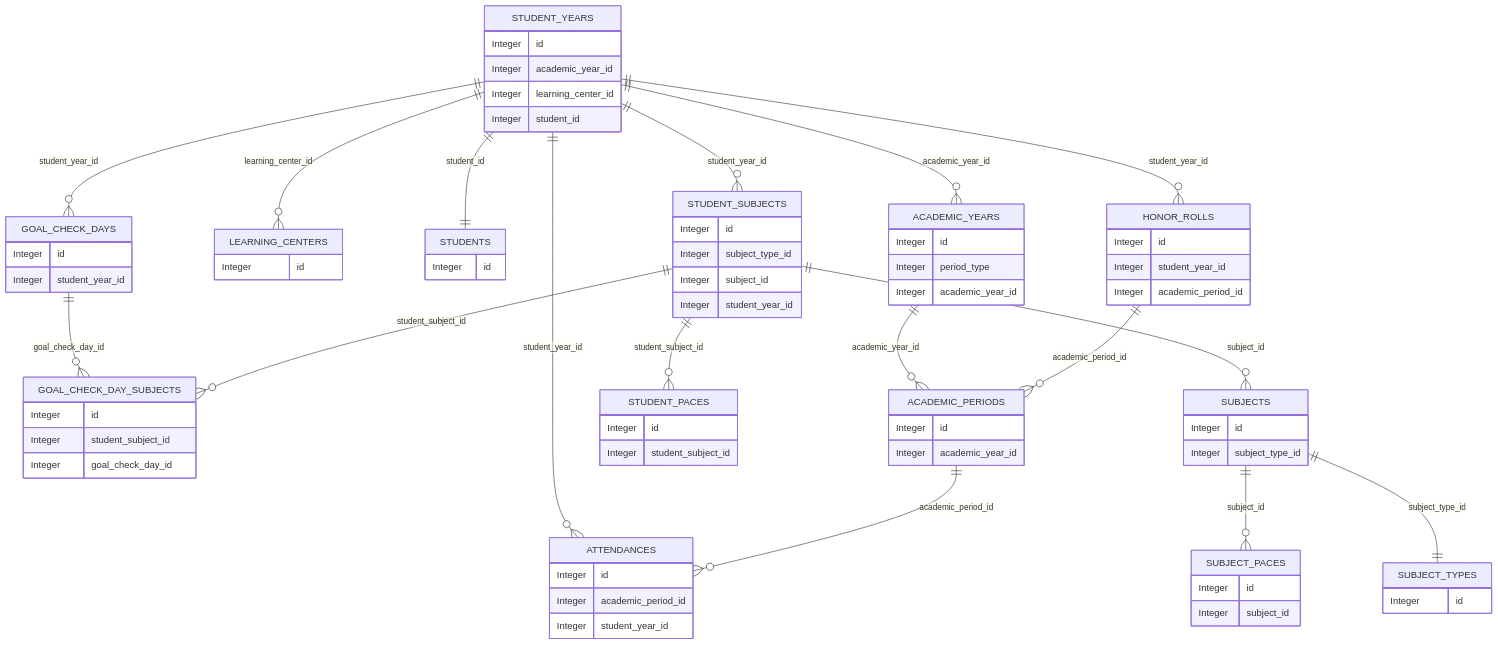
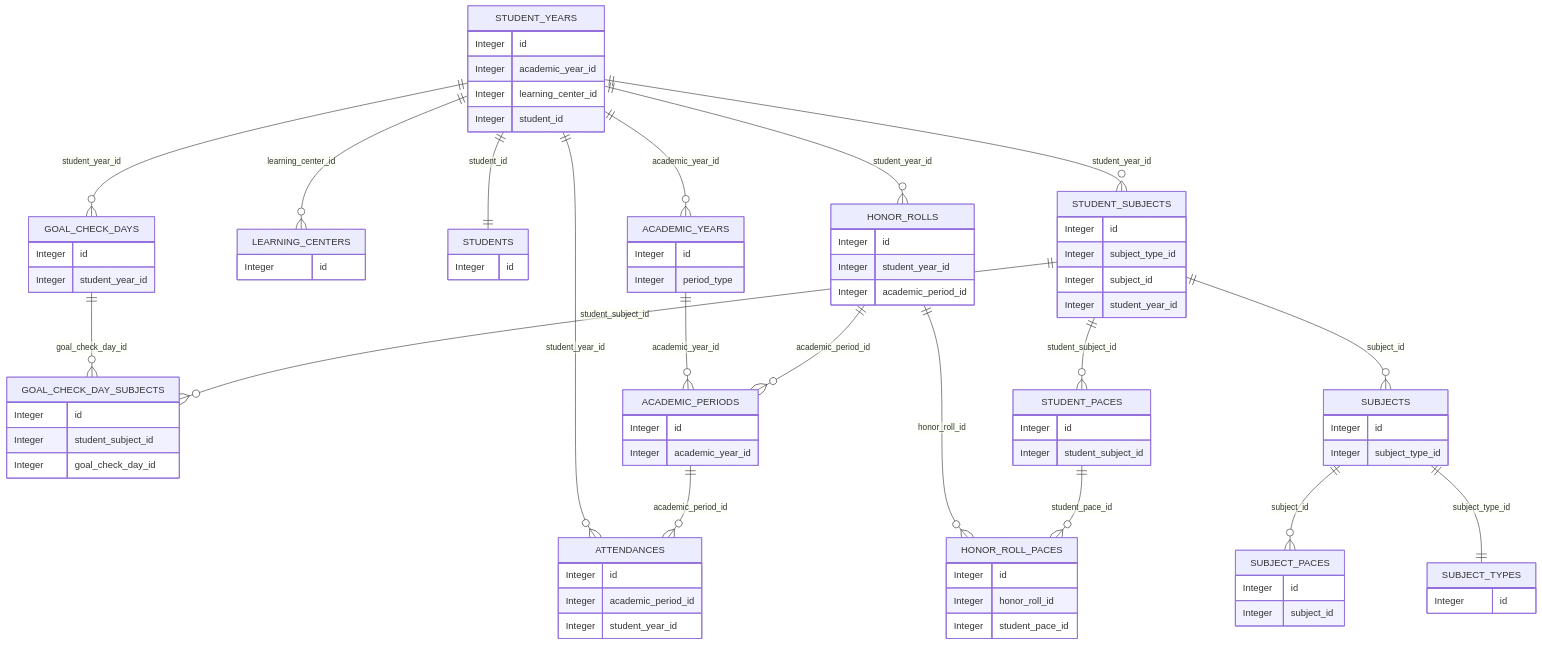
Before and after one commit to desarter13/ISOTMS-docs: the diagram in docs/technical/DB-Description.md, drawn with Mermaid. The commit also changed other lines of this file, not shown here.

````diff
--- a/docs/technical/DB-Description.md
+++ b/docs/technical/DB-Description.md
@@ -220,12 +229,15 @@
 
     ACADEMIC_YEARS ||--o{ ACADEMIC_PERIODS : "academic_year_id"
     ACADEMIC_PERIODS ||--o{ ATTENDANCES : "academic_period_id"
+
     HONOR_ROLLS ||--o{ ACADEMIC_PERIODS : "academic_period_id"
+    HONOR_ROLLS ||--o{ HONOR_ROLL_PACES : "honor_roll_id"
+
+    STUDENT_PACES ||--o{ HONOR_ROLL_PACES : "student_pace_id"
 
     ACADEMIC_YEARS {
         Integer id
         Integer period_type
-        Integer academic_year_id
     }
 
     ACADEMIC_PERIODS {
@@ -239,15 +251,15 @@
         Integer student_year_id
     }
 
+    GOAL_CHECK_DAYS {
+        Integer id
+        Integer student_year_id
+    }
+
     GOAL_CHECK_DAY_SUBJECTS {
         Integer id
         Integer student_subject_id
         Integer goal_check_day_id
-    }
-
-    GOAL_CHECK_DAYS {
-        Integer id
-        Integer student_year_id
     }
 
     LEARNING_CENTERS {
@@ -272,18 +284,23 @@
         Integer id
     }
 
-    SUBJECT_PACES {
+    SUBJECTS {
         Integer id
-        Integer subject_id
+        Integer subject_type_id
     }
 
     SUBJECT_TYPES {
         Integer id
     }
 
-    SUBJECTS {
+    SUBJECT_PACES {
         Integer id
-        Integer subject_type_id
+        Integer subject_id
+    }
+
+    STUDENT_PACES {
+        Integer id
+        Integer student_subject_id
     }
 
     HONOR_ROLLS {
@@ -292,9 +309,10 @@
         Integer academic_period_id
     }
 
-    STUDENT_PACES {
+    HONOR_ROLL_PACES {
         Integer id
-        Integer student_subject_id
+        Integer honor_roll_id
+        Integer student_pace_id
     }
 
 ```
````
